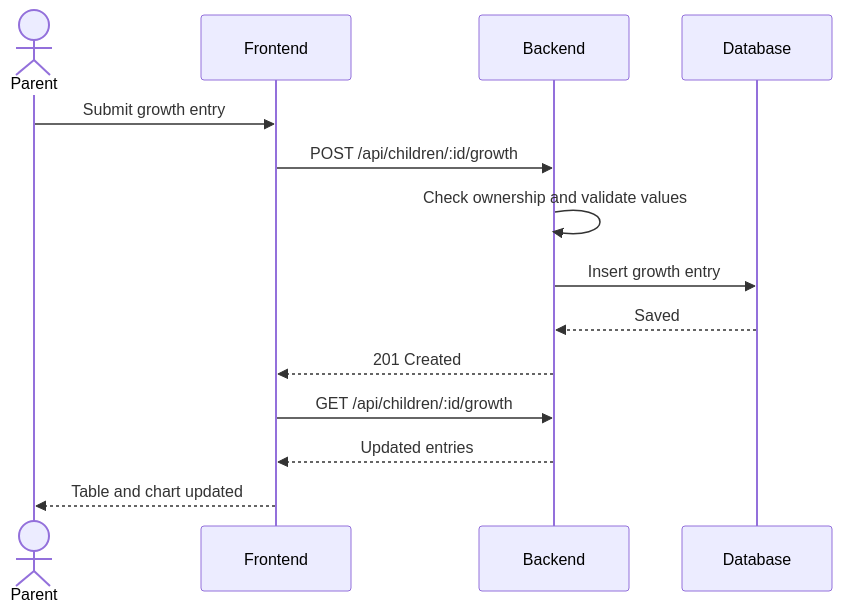
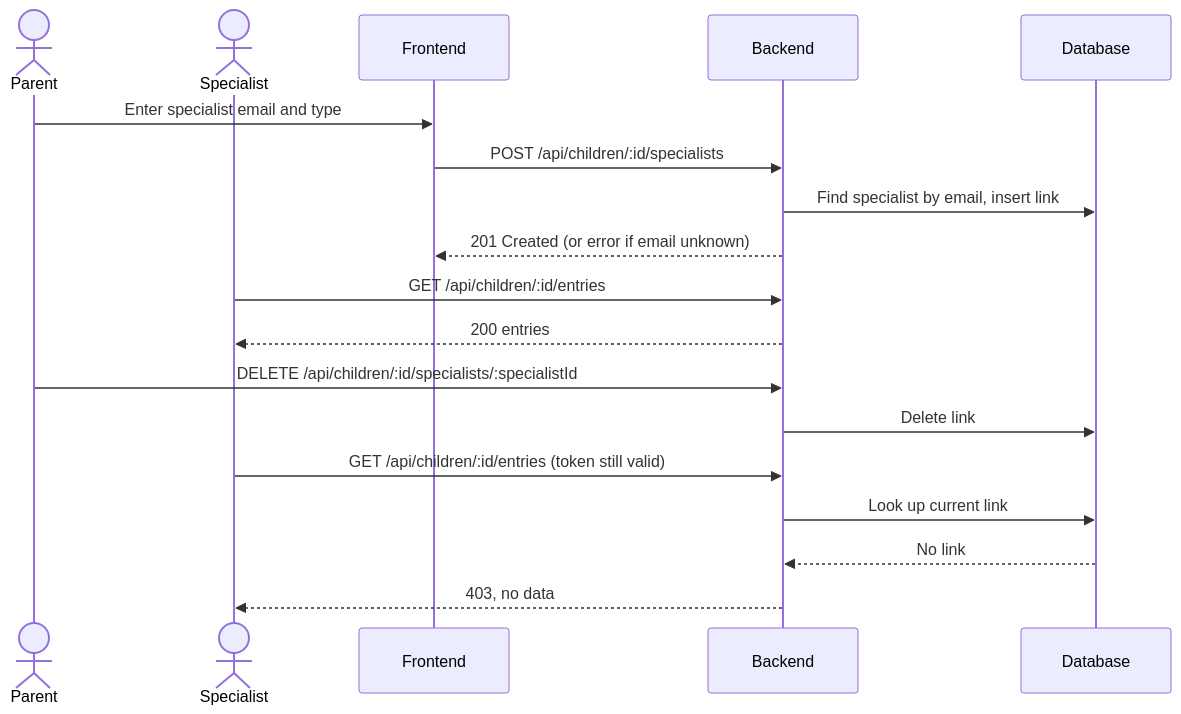
One commit to Alsoren/child-development-platform changed the fifth of 6 diagrams in docs/SDD.md. Above: the diagram before and after it, drawn with Mermaid. The commit also changed other lines of this file, not shown here.

````diff
--- a/docs/SDD.md
+++ b/docs/SDD.md
@@ -230,13 +274,17 @@
 ```mermaid
 sequenceDiagram
     actor Parent
-    Parent->>Frontend: Submit growth entry
-    Frontend->>Backend: POST /api/children/:id/growth
-    Backend->>Backend: Check ownership and validate values
-    Backend->>Database: Insert growth entry
-    Database-->>Backend: Saved
-    Backend-->>Frontend: 201 Created
-    Frontend->>Backend: GET /api/children/:id/growth
-    Backend-->>Frontend: Updated entries
-    Frontend-->>Parent: Table and chart updated
+    actor Specialist
+    Parent->>Frontend: Enter specialist email and type
+    Frontend->>Backend: POST /api/children/:id/specialists
+    Backend->>Database: Find specialist by email, insert link
+    Backend-->>Frontend: 201 Created (or error if email unknown)
+    Specialist->>Backend: GET /api/children/:id/entries
+    Backend-->>Specialist: 200 entries
+    Parent->>Backend: DELETE /api/children/:id/specialists/:specialistId
+    Backend->>Database: Delete link
+    Specialist->>Backend: GET /api/children/:id/entries (token still valid)
+    Backend->>Database: Look up current link
+    Database-->>Backend: No link
+    Backend-->>Specialist: 403, no data
 ```
````
